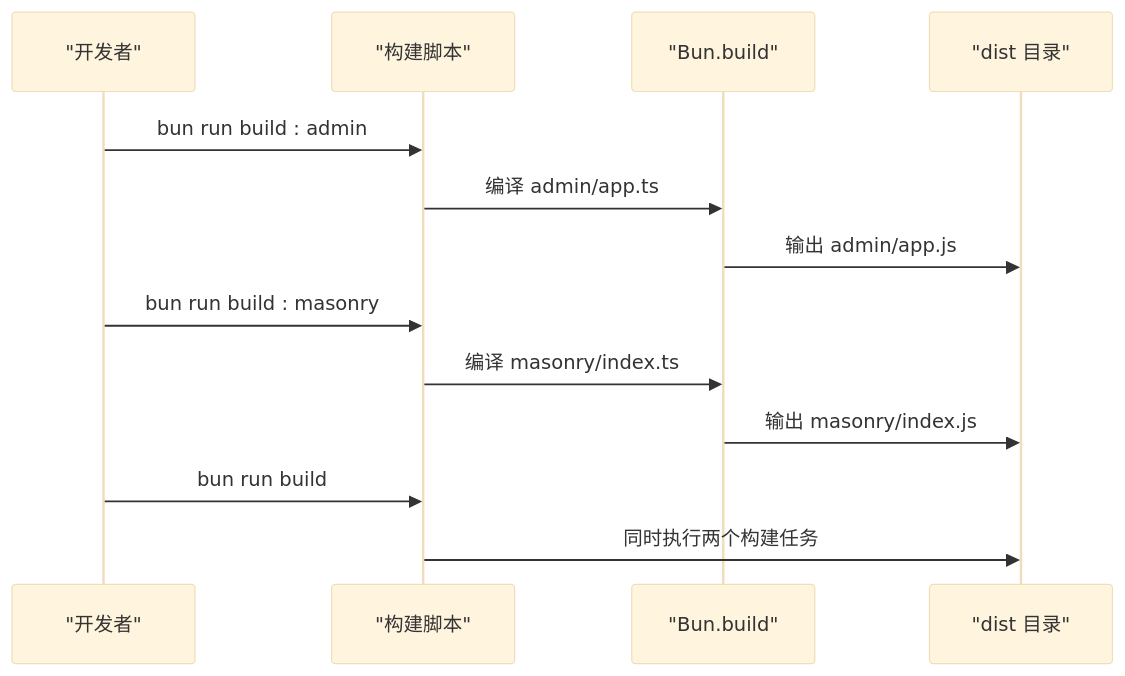
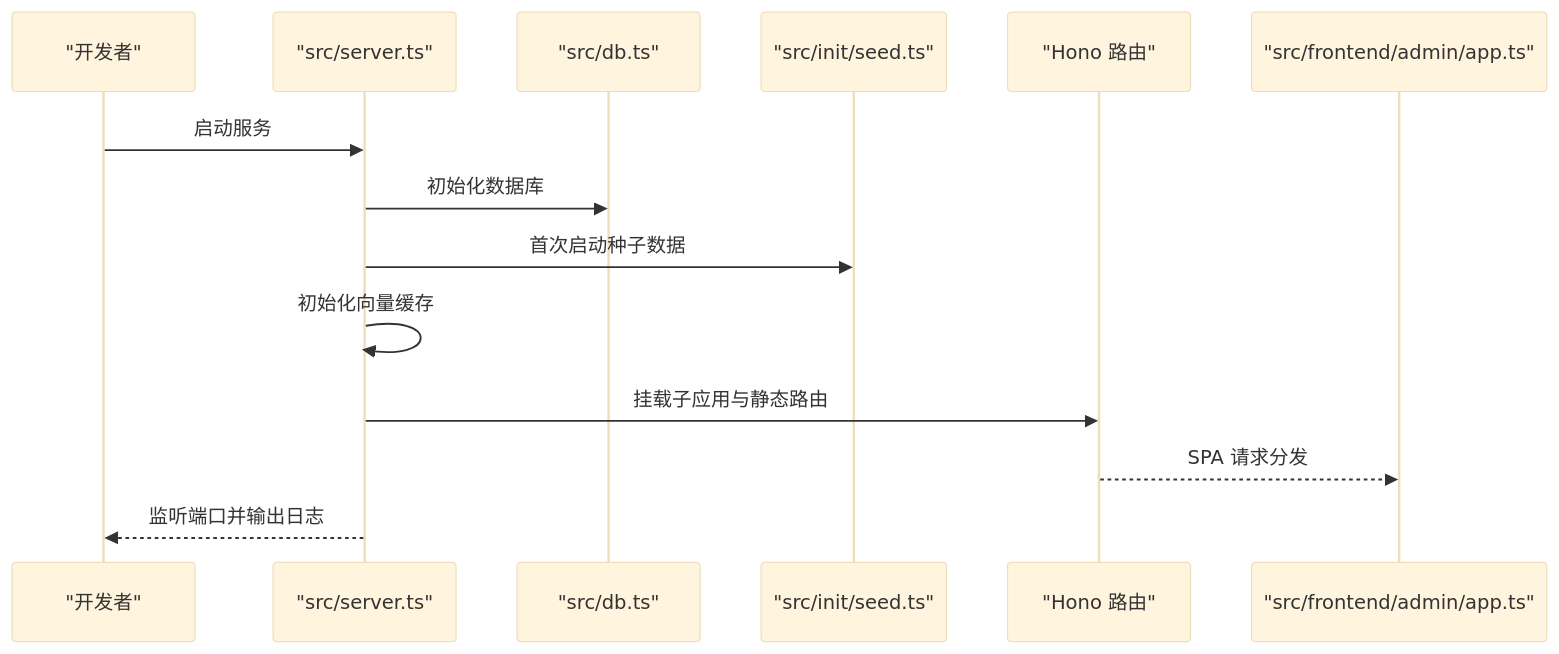
Before and after one commit to BlackBoxRecorder/memos: the second of 7 diagrams in .qoder/repowiki/zh/content/开发指南/开发指南.md, drawn with Mermaid (base theme). The commit also changed other lines of this file and 83 other files, not shown here.

````diff
--- a/.qoder/repowiki/zh/content/开发指南/开发指南.md
+++ b/.qoder/repowiki/zh/content/开发指南/开发指南.md
@@ -213,15 +99,16 @@
 ```mermaid
 sequenceDiagram
 participant Dev as "开发者"
-participant Build as "构建脚本"
-participant Bun as "Bun.build"
-participant Dist as "dist 目录"
-Dev->>Build : bun run build : admin
-Build->>Bun : 编译 admin/app.ts
-Bun->>Dist : 输出 admin/app.js
-Dev->>Build : bun run build : masonry
-Build->>Bun : 编译 masonry/index.ts
-Bun->>Dist : 输出 masonry/index.js
-Dev->>Build : bun run build
-Build->>Dist : 同时执行两个构建任务
+participant Server as "src/server.ts"
+participant DB as "src/db.ts"
+participant Seed as "src/init/seed.ts"
+participant Hono as "Hono 路由"
+participant Admin as "src/frontend/admin/app.ts"
+Dev->>Server : 启动服务
+Server->>DB : 初始化数据库
+Server->>Seed : 首次启动种子数据
+Server->>Server : 初始化向量缓存
+Server->>Hono : 挂载子应用与静态路由
+Hono-->>Admin : SPA 请求分发
+Server-->>Dev : 监听端口并输出日志
 ```
````
